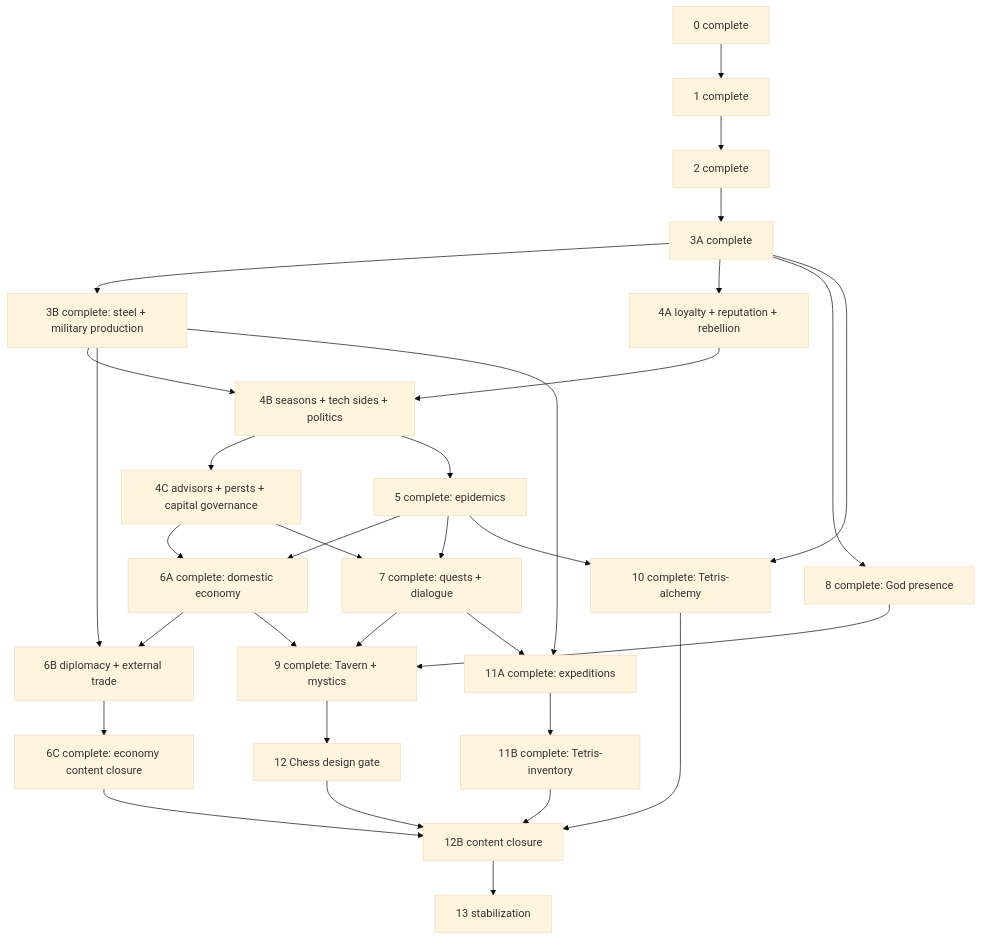
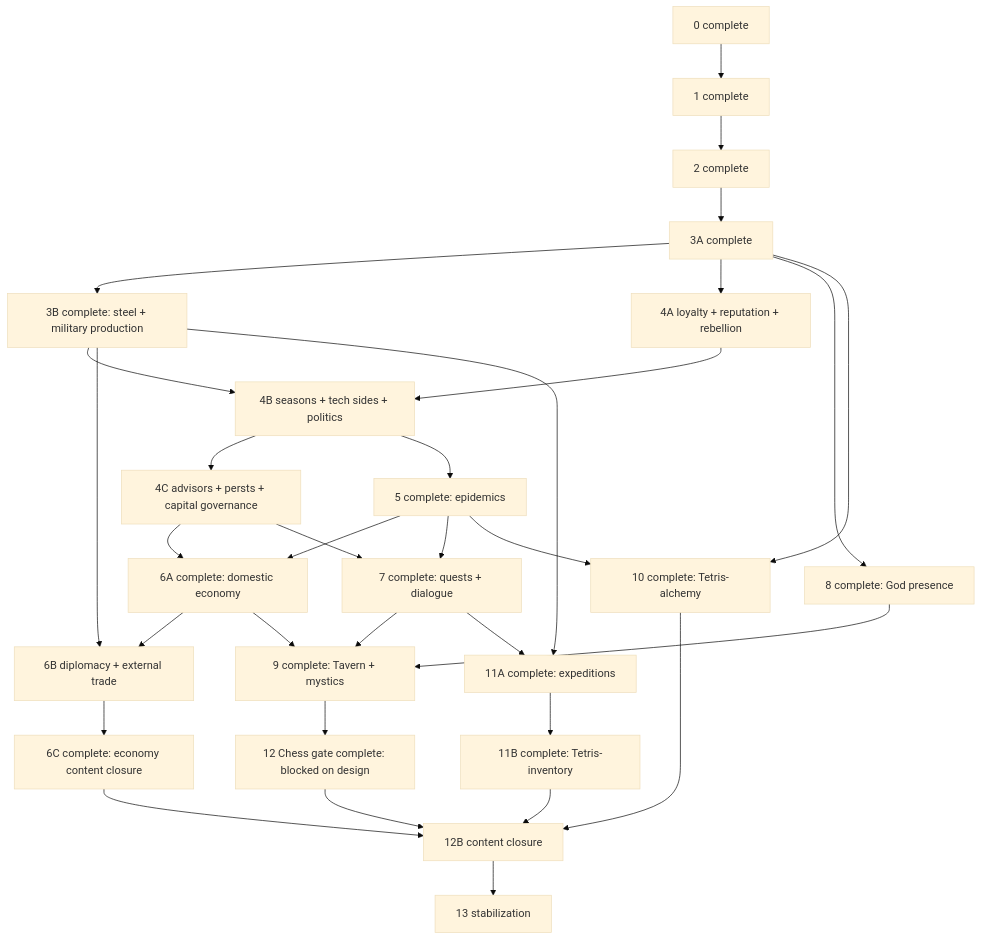
One commit to akulihin/King-of-the-Garbage-Hill changed the diagram in plans/empires-endgame/README.md. Above: the diagram before and after it, drawn with Mermaid (base theme). The commit also changed other lines of this file and 2 other files, not shown here.

Commit message:
phase no chess

````diff
--- a/plans/empires-endgame/README.md
+++ b/plans/empires-endgame/README.md
@@ -111,34 +117,34 @@
 ```mermaid
 graph TD
   P0[0 complete] --> P1[1 complete]
   P1 --> P2[2 complete]
   P2 --> P3A[3A complete]
   P3A --> P3B[3B complete: steel + military production]
   P3A --> P4A[4A loyalty + reputation + rebellion]
   P3B --> P4B[4B seasons + tech sides + politics]
   P4A --> P4B
   P4B --> P4C[4C advisors + persts + capital governance]
   P4B --> P5[5 complete: epidemics]
   P4C --> P6A[6A complete: domestic economy]
   P5 --> P6A
   P3B --> P6B[6B diplomacy + external trade]
   P6A --> P6B
   P6B --> P6C[6C complete: economy content closure]
   P5 --> P7[7 complete: quests + dialogue]
   P4C --> P7
   P3A --> P8[8 complete: God presence]
   P6A --> P9[9 complete: Tavern + mystics]
   P7 --> P9
   P8 --> P9
   P3A --> P10[10 complete: Tetris-alchemy]
   P5 --> P10
   P3B --> P11A[11A complete: expeditions]
   P7 --> P11A
   P11A --> P11B[11B complete: Tetris-inventory]
-  P9 --> P12[12 Chess design gate]
+  P9 --> P12[12 Chess gate complete: blocked on design]
   P6C --> P12B[12B content closure]
   P10 --> P12B
   P11B --> P12B
   P12 --> P12B
   P12B --> P13[13 stabilization]
 ```
````
